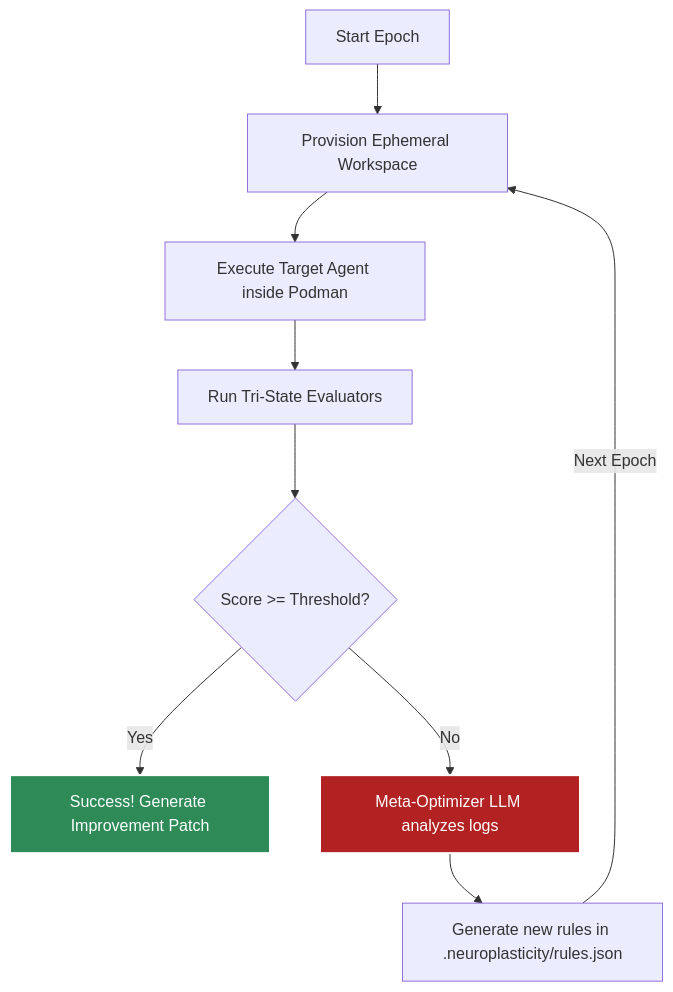
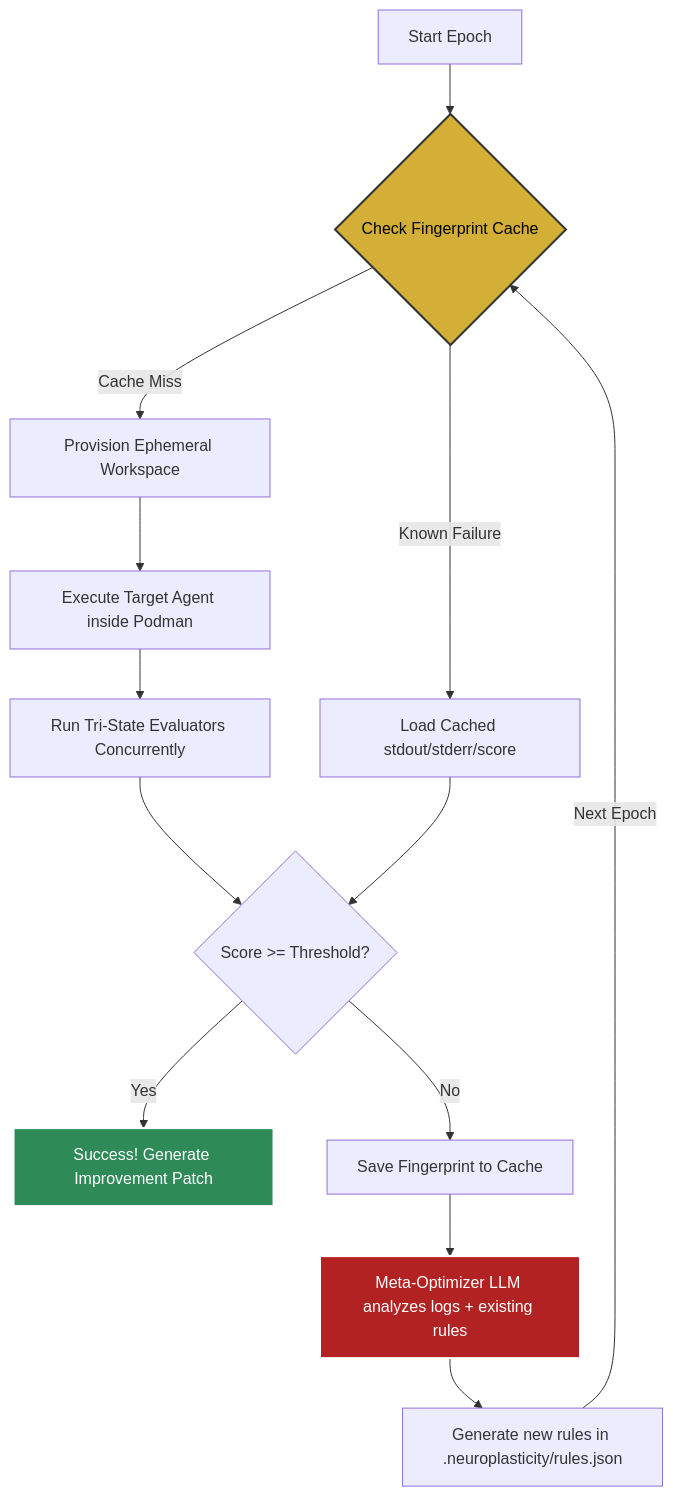
One commit to Cognilogical/NeuroPlasticity changed the first of 4 diagrams in docs/ARCHITECTURE.md. Above: the diagram before and after it, drawn with Mermaid. The commit also changed other lines of this file and 2 other files, not shown here.

Commit message:
docs: update architecture, readme, and integration guide for v1.0.1 features

````diff
--- a/docs/ARCHITECTURE.md
+++ b/docs/ARCHITECTURE.md
@@ -11,16 +13,22 @@
 ```mermaid
 graph TD
-    A[Start Epoch] --> B[Provision Ephemeral Workspace]
-    B --> C[Execute Target Agent inside Podman]
-    C --> D[Run Tri-State Evaluators]
-    D --> E{Score >= Threshold?}
+    A[Start Epoch] --> B{Check Fingerprint Cache}
+    B -- Known Failure --> C[Load Cached stdout/stderr/score]
+    B -- Cache Miss --> D[Provision Ephemeral Workspace]
+    D --> E[Execute Target Agent inside Podman]
+    E --> F[Run Tri-State Evaluators Concurrently]
     
-    E -- Yes --> F[Success! Generate Improvement Patch]
+    F --> G{Score >= Threshold?}
+    C --> G
     
-    E -- No --> G[Meta-Optimizer LLM analyzes logs]
-    G --> H[Generate new rules in .neuroplasticity/rules.json]
-    H --> |Next Epoch| B
+    G -- Yes --> H[Success! Generate Improvement Patch]
+    
+    G -- No --> I[Save Fingerprint to Cache]
+    I --> J[Meta-Optimizer LLM analyzes logs + existing rules]
+    J --> K[Generate new rules in .neuroplasticity/rules.json]
+    K --> |Next Epoch| B
 
-    style F fill:#2e8b57,stroke:#fff,stroke-width:2px,color:#fff
-    style G fill:#b22222,stroke:#fff,stroke-width:2px,color:#fff
+    style H fill:#2e8b57,stroke:#fff,stroke-width:2px,color:#fff
+    style J fill:#b22222,stroke:#fff,stroke-width:2px,color:#fff
+    style B fill:#d4af37,stroke:#333,stroke-width:2px,color:#000
 ```
````
